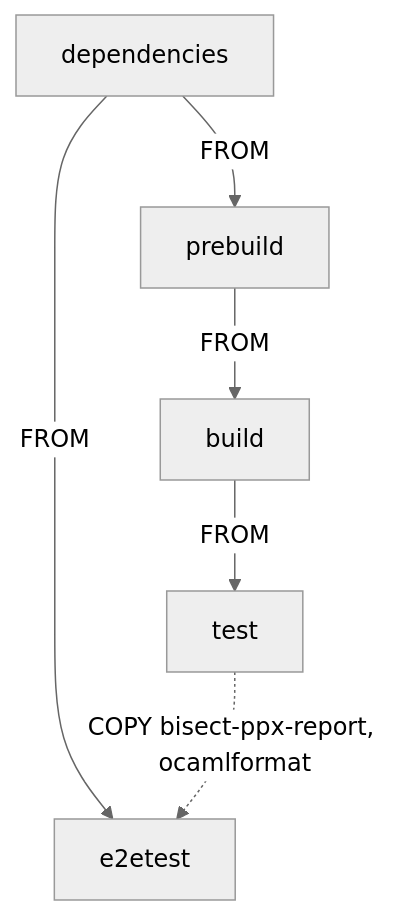
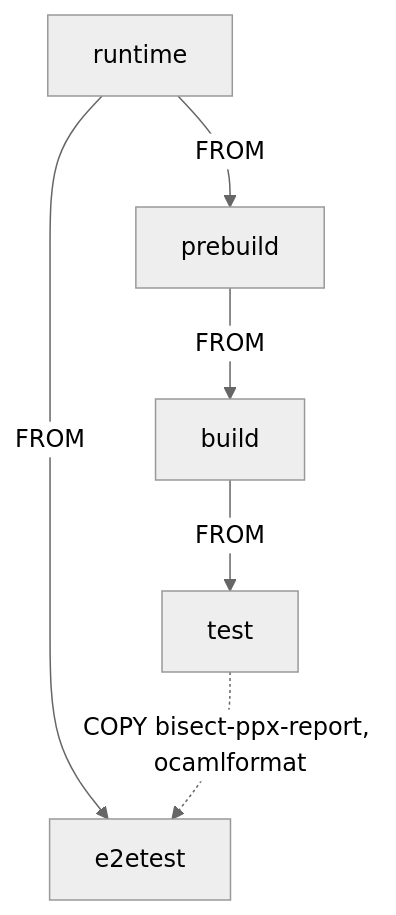
The diagram in images/ci/README.md (tezos/tezos-mirror), drawn with Mermaid (neutral theme) before and after one commit. The commit also changed other lines of this file, not shown here.

Commit message:
CI/Images: fix name of [runtime] image
[runtime] image was previously called [dependencies].

This commit fixes the inconsistencies between doc and code.

````diff
--- a/images/ci/README.md
+++ b/images/ci/README.md
@@ -21,8 +21,8 @@
 ```mermaid
 graph TB
-  dependencies -->|FROM| prebuild
-  dependencies -->|FROM| e2etest
+  runtime -->|FROM| prebuild
+  runtime -->|FROM| e2etest
   prebuild -->|FROM| build
   build -->|FROM| test
   test -.->|COPY bisect-ppx-report, ocamlformat| e2etest
 ```
````
